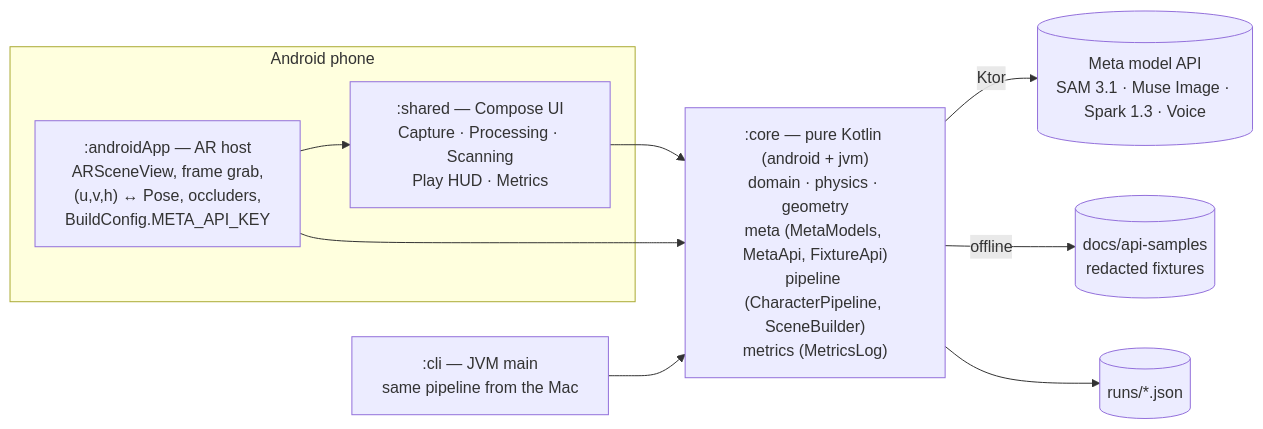
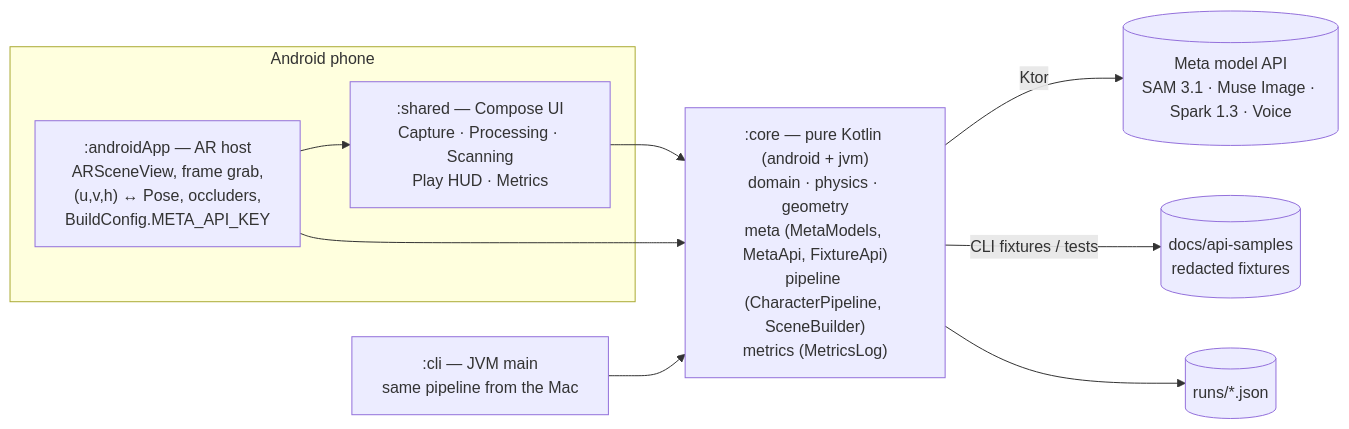
One commit to coolvanish/Rudeus changed the diagram in docs/architecture.md. Above: the diagram before and after it, drawn with Mermaid. The commit also changed other lines of this file and 9 other files, not shown here.

````diff
--- a/docs/architecture.md
+++ b/docs/architecture.md
@@ -3,18 +3,18 @@
 ```mermaid
 flowchart LR
   subgraph phone[Android phone]
     A[":androidApp — AR host\nARSceneView, frame grab,\n(u,v,h) ↔ Pose, occluders,\nBuildConfig.META_API_KEY"]
     S[":shared — Compose UI\nCapture · Processing · Scanning\nPlay HUD · Metrics"]
   end
   C[":core — pure Kotlin (android + jvm)\ndomain · physics · geometry\nmeta (MetaModels, MetaApi, FixtureApi)\npipeline (CharacterPipeline, SceneBuilder)\nmetrics (MetricsLog)"]
   L[":cli — JVM main\nsame pipeline from the Mac"]
   M[(Meta model API\nSAM 3.1 · Muse Image · Spark 1.3 · Voice)]
   F[(docs/api-samples\nredacted fixtures)]
   R[(runs/*.json)]
   A --> S --> C
   A --> C
   L --> C
   C -- Ktor --> M
-  C -- offline --> F
+  C -- CLI fixtures / tests --> F
   C --> R
 ```
````
